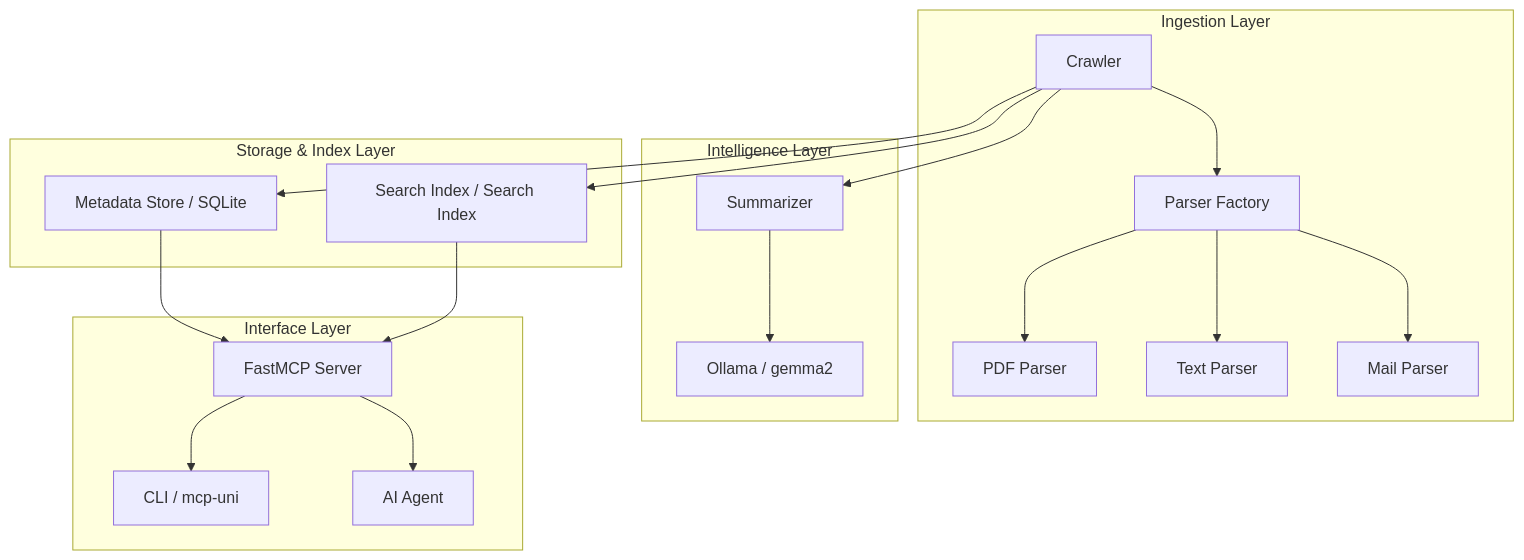
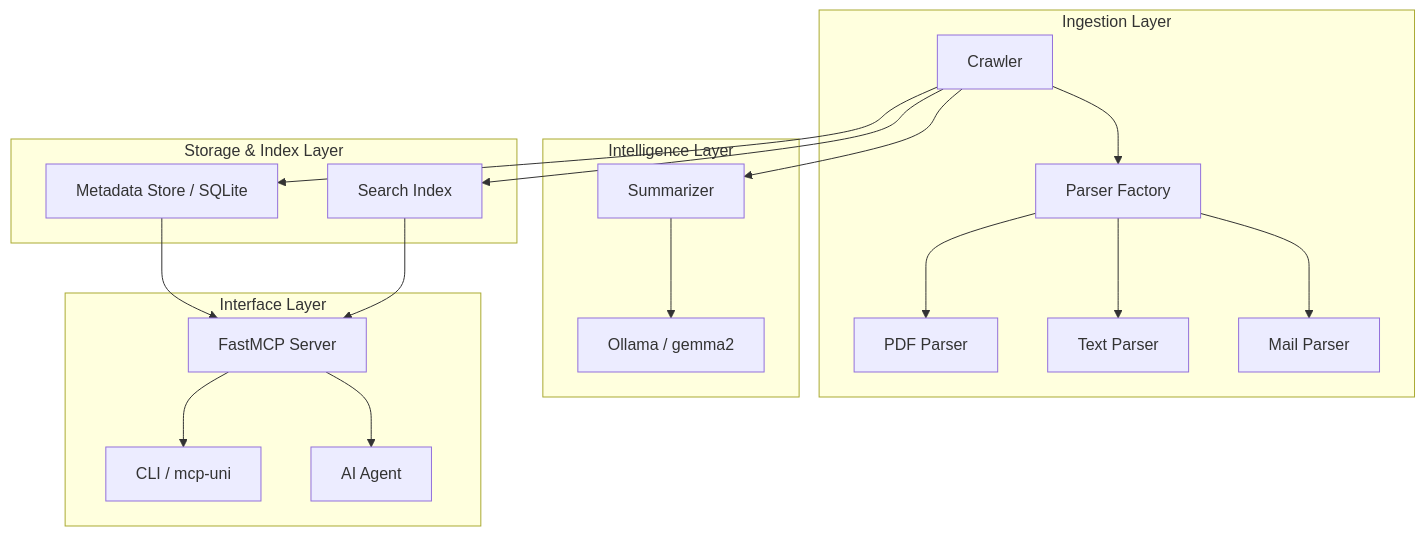
Before and after one commit to dgaida/academic-memory-mcp: the first of 2 diagrams in docs/en/architecture/index.md, drawn with Mermaid. The commit also changed other lines of this file and 20 other files, not shown here.

````diff
--- a/docs/en/architecture/index.md
+++ b/docs/en/architecture/index.md
@@ -9,26 +9,26 @@
 ```mermaid
 graph TD
     subgraph "Ingestion Layer"
         C[Crawler] --> P[Parser Factory]
         P --> P1[PDF Parser]
         P --> P2[Text Parser]
         P --> P3[Mail Parser]
     end
 
     subgraph "Intelligence Layer"
         C --> S[Summarizer]
         S --> LLM[Ollama / gemma2]
     end
 
     subgraph "Storage & Index Layer"
-        C --> IDX[Search Index / Search Index]
+        C --> IDX[Search Index]
         C --> DB[Metadata Store / SQLite]
     end
 
     subgraph "Interface Layer"
         DB --> MCP[FastMCP Server]
         IDX --> MCP
         MCP --> CLI[CLI / mcp-uni]
         MCP --> AGENT[AI Agent]
     end
 ```
````
